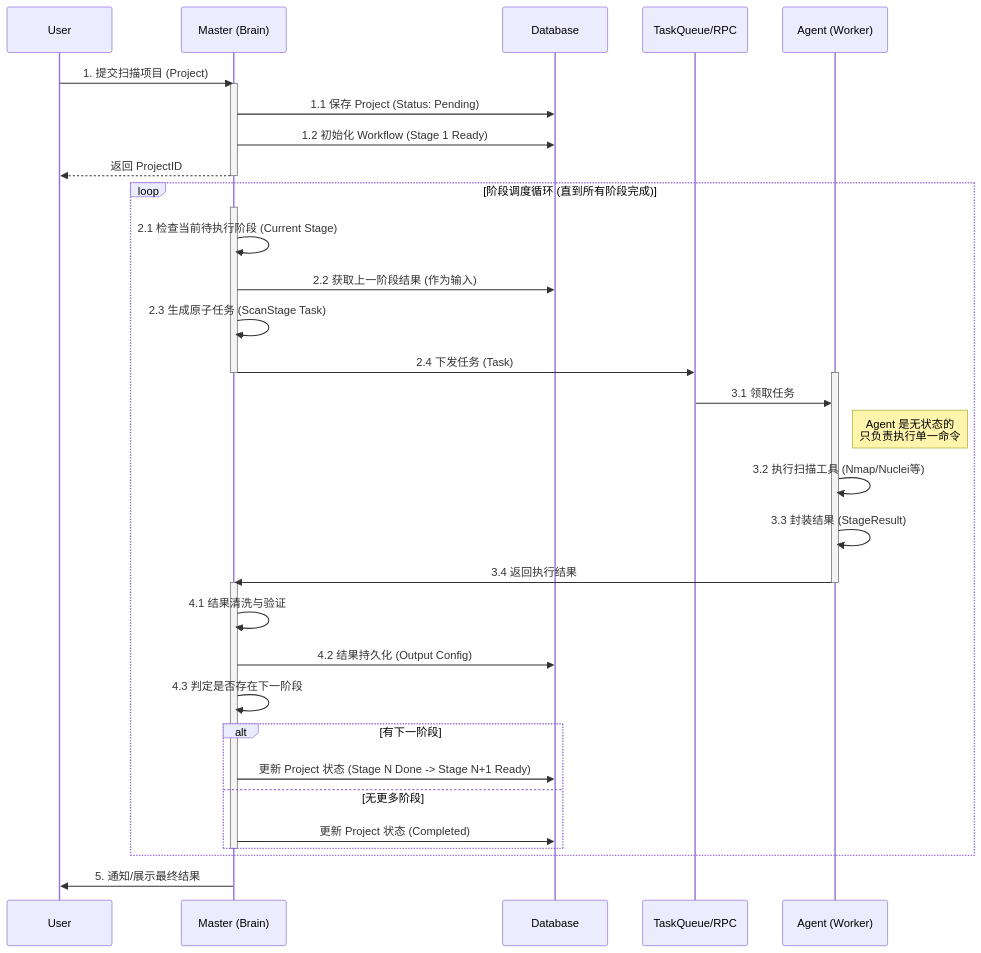
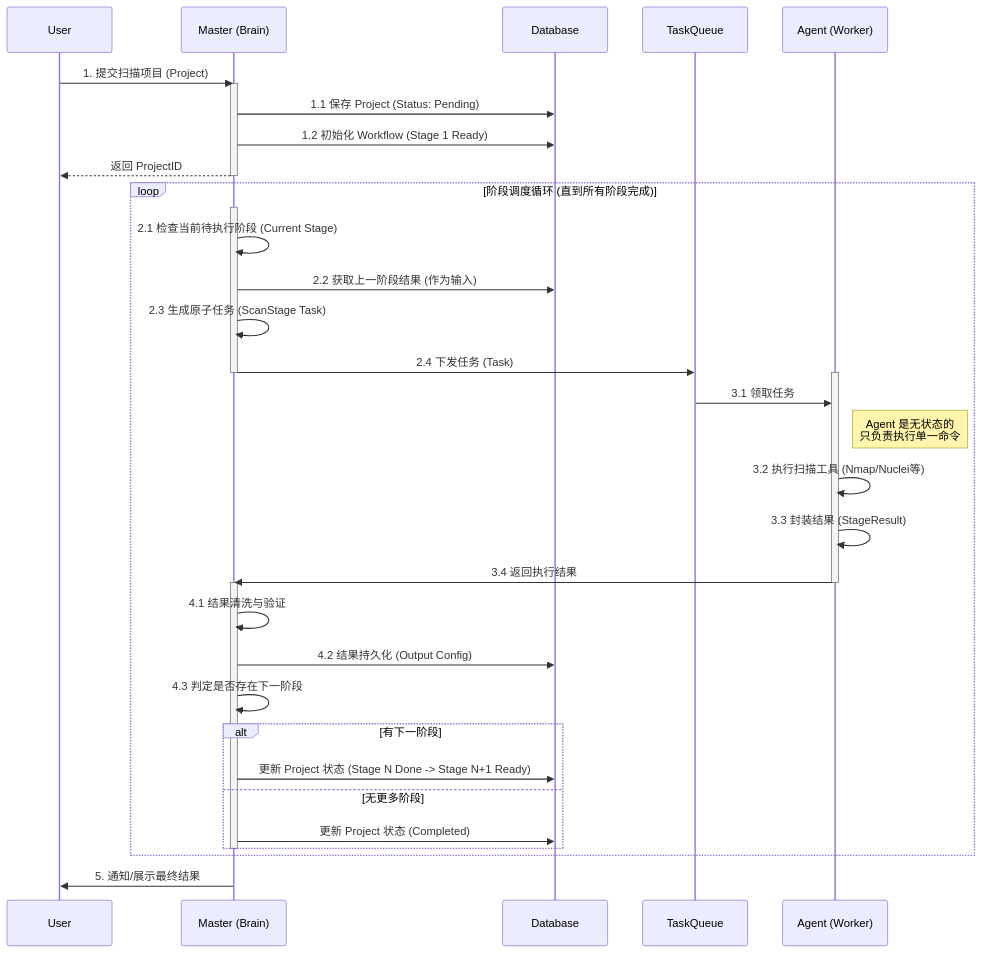
Before and after one commit to sun977/NeoScan: the first of 2 diagrams in neoMaster/docs/Asset资产和核心编排器模块设计/Agent执行扫描项目完整流程v2.0.md, drawn with Mermaid.

Commit message:
docs: 更新Agent执行流程文档中的MQ参与者名称
将文档中的"TaskQueue/RPC"简化为"TaskQueue"以保持一致性

````diff
--- a/neoMaster/docs/Asset资产和核心编排器模块设计/Agent执行扫描项目完整流程v2.0.md
+++ b/neoMaster/docs/Asset资产和核心编排器模块设计/Agent执行扫描项目完整流程v2.0.md
@@ -16,52 +16,52 @@
 ```mermaid
 sequenceDiagram
     participant User
     participant Master as Master (Brain)
     participant DB as Database
-    participant MQ as TaskQueue/RPC
+    participant MQ as TaskQueue
     participant Agent as Agent (Worker)
     
     %% 1. 提交项目
     User->>Master: 1. 提交扫描项目 (Project)
     activate Master
     Master->>DB: 1.1 保存 Project (Status: Pending)
     Master->>DB: 1.2 初始化 Workflow (Stage 1 Ready)
     Master-->>User: 返回 ProjectID
     deactivate Master
 
     %% 2. 调度循环
     loop 阶段调度循环 (直到所有阶段完成)
         activate Master
         %% 2.1 准备阶段
         Master->>Master: 2.1 检查当前待执行阶段 (Current Stage)
         Master->>DB: 2.2 获取上一阶段结果 (作为输入)
         Master->>Master: 2.3 生成原子任务 (ScanStage Task)
         
         %% 2.2 下发任务
         Master->>MQ: 2.4 下发任务 (Task)
         deactivate Master
         
         activate Agent
         MQ->>Agent: 3.1 领取任务
         Note right of Agent: Agent 是无状态的<br/>只负责执行单一命令
         Agent->>Agent: 3.2 执行扫描工具 (Nmap/Nuclei等)
         Agent->>Agent: 3.3 封装结果 (StageResult)
         Agent->>Master: 3.4 返回执行结果
         deactivate Agent
         
         activate Master
         %% 2.3 处理结果
         Master->>Master: 4.1 结果清洗与验证
         Master->>DB: 4.2 结果持久化 (Output Config)
         Master->>Master: 4.3 判定是否存在下一阶段
         
         alt 有下一阶段
             Master->>DB: 更新 Project 状态 (Stage N Done -> Stage N+1 Ready)
         else 无更多阶段
             Master->>DB: 更新 Project 状态 (Completed)
         end
         deactivate Master
     end
     
     Master->>User: 5. 通知/展示最终结果
 ```
````
